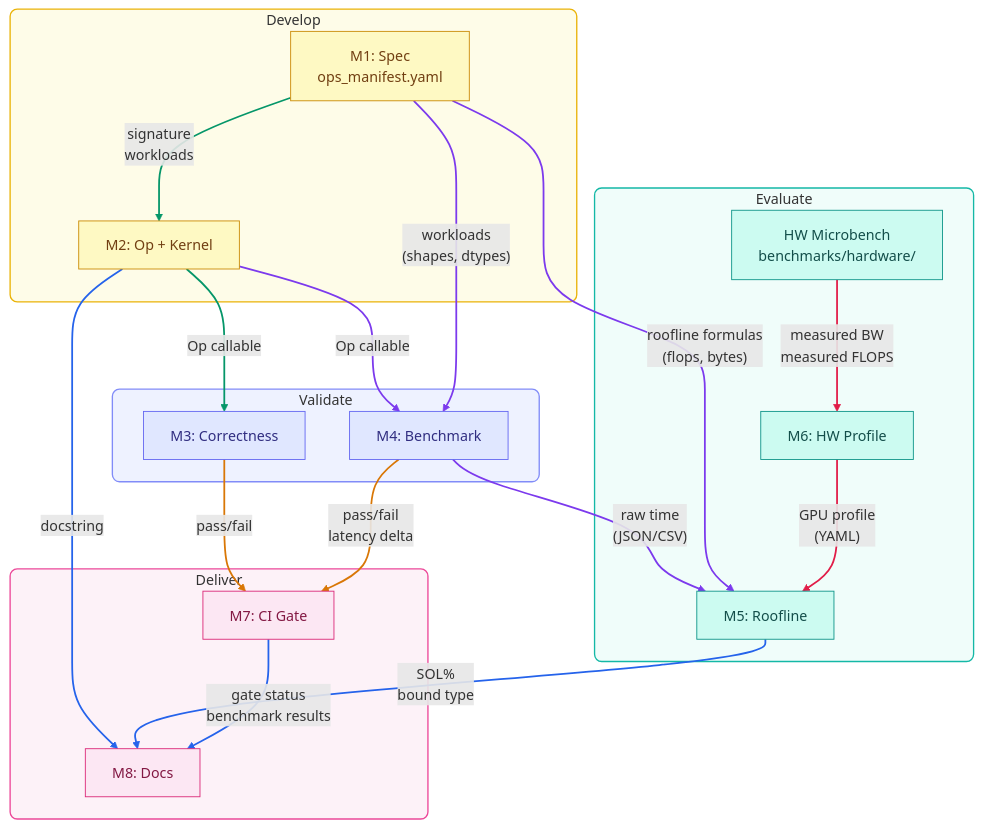
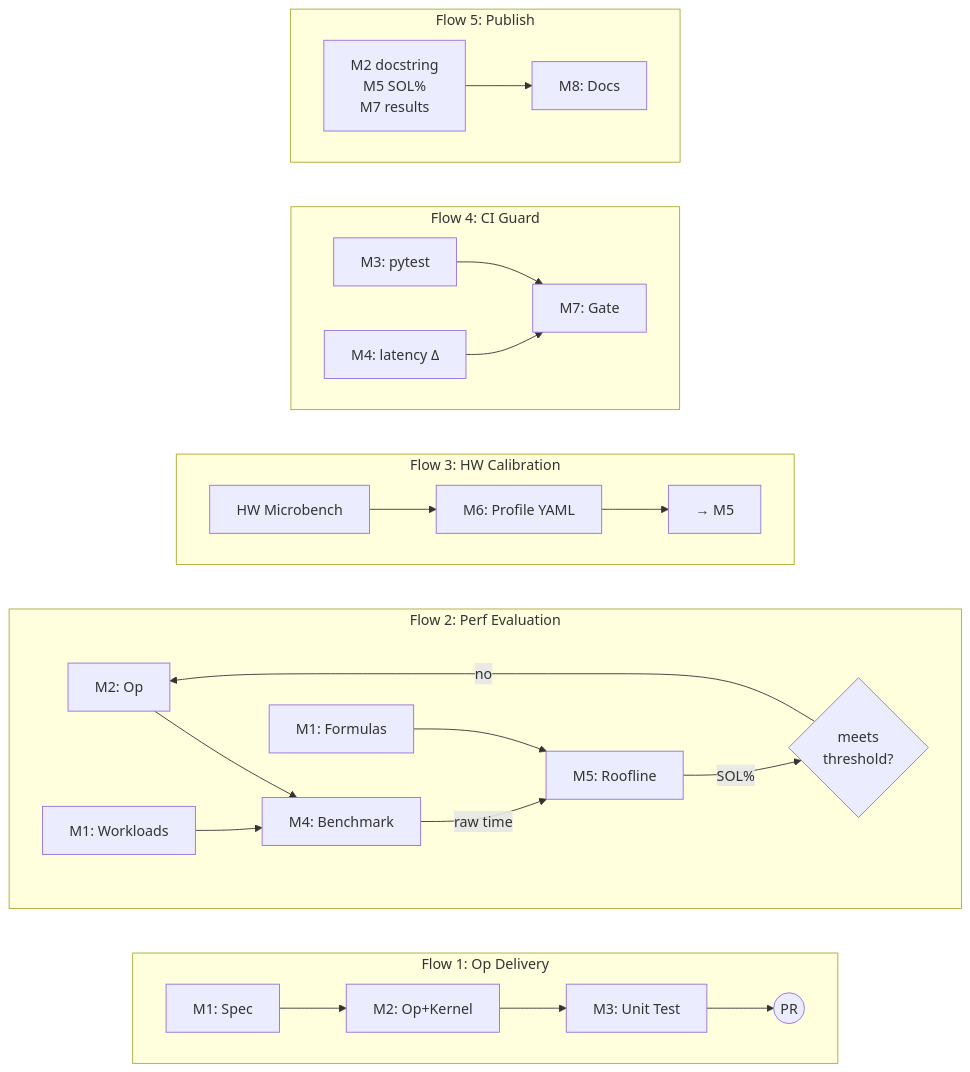
The diagram in docs/architecture.md (tile-ai/TileOPs), drawn with Mermaid before and after one commit. The commit also changed other lines of this file, not shown here.

Commit message:
[Doc] Rewrite architecture as pipeline status model
Replace decorated module topology with five linear flow diagrams,
each showing current status (done/broken/partial/not started) and
gaps. Add critical path section showing dependency order for
unblocking downstream flows.

````diff
--- a/docs/architecture.md
+++ b/docs/architecture.md
@@ -17,70 +9,33 @@
 ```mermaid
-graph TD
-    subgraph Develop [" Develop"]
-        M1["M1: Spec<br/>ops_manifest.yaml"]
-        M2["M2: Op + Kernel"]
+graph LR
+    subgraph F1 ["Flow 1: Op Delivery"]
+        direction LR
+        F1_M1["M1: Spec"] --> F1_M2["M2: Op+Kernel"] --> F1_M3["M3: Unit Test"] --> F1_PR(("PR"))
     end
 
-    subgraph Validate [" Validate"]
-        M3["M3: Correctness"]
-        M4["M4: Benchmark"]
+    subgraph F2 ["Flow 2: Perf Evaluation"]
+        direction LR
+        F2_M2["M2: Op"] --> F2_M4["M4: Benchmark"]
+        F2_M1["M1: Workloads"] --> F2_M4
+        F2_M4 -- "raw time" --> F2_M5["M5: Roofline"]
+        F2_M1b["M1: Formulas"] --> F2_M5
+        F2_M5 -- "SOL%" --> F2_D{"meets\nthreshold?"}
+        F2_D -- "no" --> F2_M2
     end
 
-    subgraph Evaluate [" Evaluate"]
-        HW["HW Microbench<br/>benchmarks/hardware/"]
-        M6["M6: HW Profile"]
-        M5["M5: Roofline"]
+    subgraph F3 ["Flow 3: HW Calibration"]
+        direction LR
+        F3_HW["HW Microbench"] --> F3_M6["M6: Profile YAML"] --> F3_M5["→ M5"]
     end
 
-    subgraph Deliver [" Deliver"]
-        M7["M7: CI Gate"]
-        M8["M8: Docs"]
+    subgraph F4 ["Flow 4: CI Guard"]
+        direction LR
+        F4_M3["M3: pytest"] --> F4_M7["M7: Gate"]
+        F4_M4["M4: latency Δ"] --> F4_M7
     end
 
-    %% Flow 1: New Op (emerald)
-    M1 -- "signature<br/>workloads" --> M2
-    M2 -- "Op callable" --> M3
-
-    %% Flow 2: Perf Tuning (violet)
-    M2 -- "Op callable" --> M4
-    M1 -- "workloads<br/>(shapes, dtypes)" --> M4
-    M4 -- "raw time<br/>(JSON/CSV)" --> M5
-    M1 -- "roofline formulas<br/>(flops, bytes)" --> M5
-
-    %% Flow 3: HW Calibration (rose)
-    HW -- "measured BW<br/>measured FLOPS" --> M6
-    M6 -- "GPU profile<br/>(YAML)" --> M5
-
-    %% Flow 4: CI Guard (amber)
-    M3 -- "pass/fail" --> M7
-    M4 -- "pass/fail<br/>latency delta" --> M7
-
-    %% Flow 5: Publish (sky)
-    M2 -- "docstring" --> M8
-    M5 -- "SOL%<br/>bound type" --> M8
-    M7 -- "gate status<br/>benchmark results" --> M8
-
-    %% Node styles by layer
-    classDef dev fill:#fef9c3,stroke:#ca8a04,color:#713f12
-    classDef val fill:#e0e7ff,stroke:#6366f1,color:#312e81
-    classDef eval fill:#ccfbf1,stroke:#0d9488,color:#134e4a
-    classDef del fill:#fce7f3,stroke:#db2777,color:#831843
-
-    class M1,M2 dev
-    class M3,M4 val
-    class HW,M6,M5 eval
-    class M7,M8 del
-
-    %% Subgraph styles
-    style Develop fill:#fefce8,stroke:#eab308,stroke-width:1.5px,rx:8,ry:8
-    style Validate fill:#eef2ff,stroke:#818cf8,stroke-width:1.5px,rx:8,ry:8
-    style Evaluate fill:#f0fdfa,stroke:#14b8a6,stroke-width:1.5px,rx:8,ry:8
-    style Deliver fill:#fdf2f8,stroke:#ec4899,stroke-width:1.5px,rx:8,ry:8
-
-    %% Edge colors by flow
-    linkStyle 0,1 stroke:#059669,stroke-width:2px
-    linkStyle 2,3,4,5 stroke:#7c3aed,stroke-width:2px
-    linkStyle 6,7 stroke:#e11d48,stroke-width:2px
-    linkStyle 8,9 stroke:#d97706,stroke-width:2px
-    linkStyle 10,11,12 stroke:#2563eb,stroke-width:2px
+    subgraph F5 ["Flow 5: Publish"]
+        direction LR
+        F5_src["M2 docstring\nM5 SOL%\nM7 results"] --> F5_M8["M8: Docs"]
+    end
 ```
````
